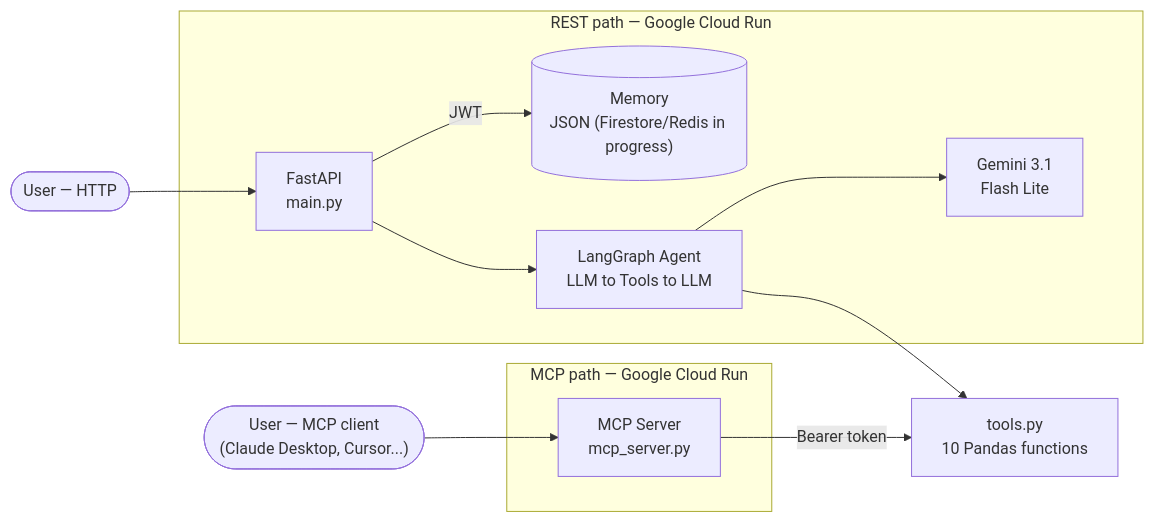
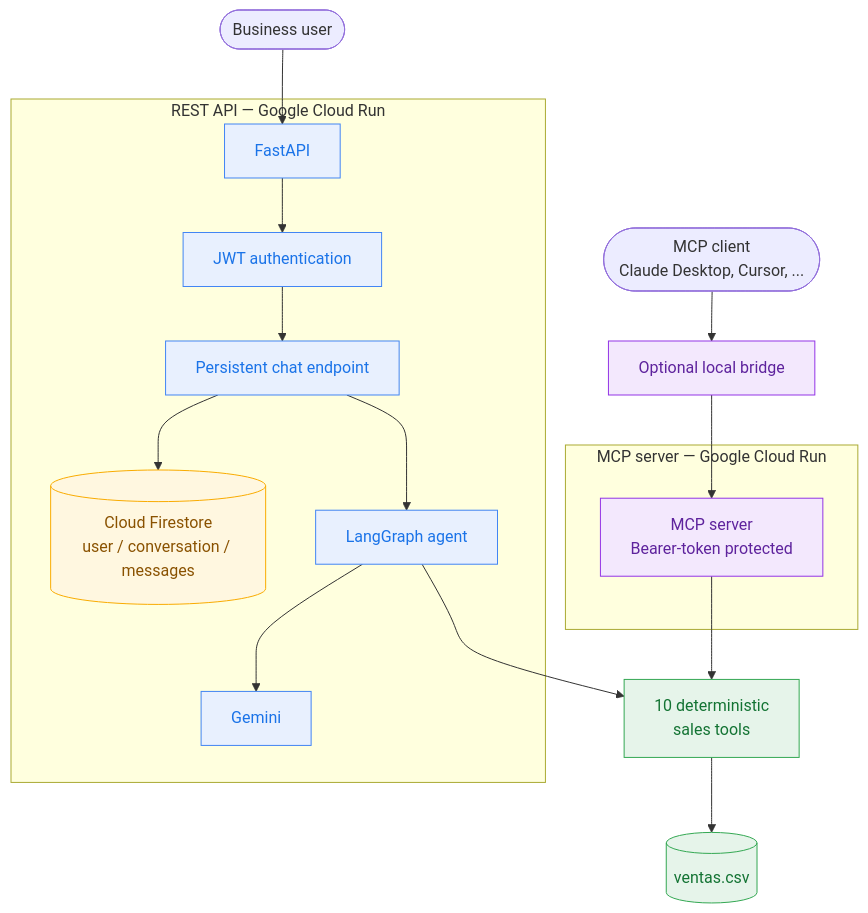
Before and after one commit to bernytech25/sales-intelligence-agent: the diagram in README.md, drawn with Mermaid. The commit also changed other lines of this file, not shown here.

Commit message:
docs: refresh architecture and operations guide

````diff
--- a/README.md
+++ b/README.md
@@ -22,18 +22,31 @@
 ```mermaid
-flowchart LR
-    userHttp(["User — HTTP"]) --> fastapi
-    userMcp(["User — MCP client<br/>(Claude Desktop, Cursor...)"]) --> mcpServer
+flowchart TB
+    user([Business user]) --> api
+    client([MCP client<br/>Claude Desktop, Cursor, ...]) --> bridge[Optional local bridge]
+    bridge --> mcp
 
-    subgraph rest["REST path — Google Cloud Run"]
-        fastapi["FastAPI<br/>main.py"] -- JWT --> memory[("Memory<br/>JSON (Firestore/Redis in progress)")]
-        fastapi --> agent["LangGraph Agent<br/>LLM to Tools to LLM"]
-        agent --> gemini["Gemini 3.1<br/>Flash Lite"]
+    subgraph apiPath[REST API — Google Cloud Run]
+        api[FastAPI] --> auth[JWT authentication]
+        auth --> persistent[Persistent chat endpoint]
+        persistent --> memory[(Cloud Firestore<br/>user / conversation / messages)]
+        persistent --> agent[LangGraph agent]
+        agent --> gemini[Gemini]
     end
 
-    subgraph mcp["MCP path — Google Cloud Run"]
-        mcpServer["MCP Server<br/>mcp_server.py"]
+    subgraph mcpPath[MCP server — Google Cloud Run]
+        mcp[MCP server<br/>Bearer-token protected]
     end
 
-    agent --> tools["tools.py<br/>10 Pandas functions"]
-    mcpServer -- Bearer token --> tools
+    agent --> tools[10 deterministic<br/>sales tools]
+    mcp --> tools
+    tools --> data[(ventas.csv)]
+
+    classDef api fill:#E8F0FE,stroke:#4285F4,color:#1A73E8;
+    classDef state fill:#FFF7E0,stroke:#F9AB00,color:#8A5200;
+    classDef mcp fill:#F3E8FD,stroke:#9334E6,color:#5E239D;
+    classDef core fill:#E6F4EA,stroke:#34A853,color:#137333;
+    class api,auth,persistent,agent,gemini api;
+    class memory state;
+    class mcp,bridge mcp;
+    class tools,data core;
 ```
````
